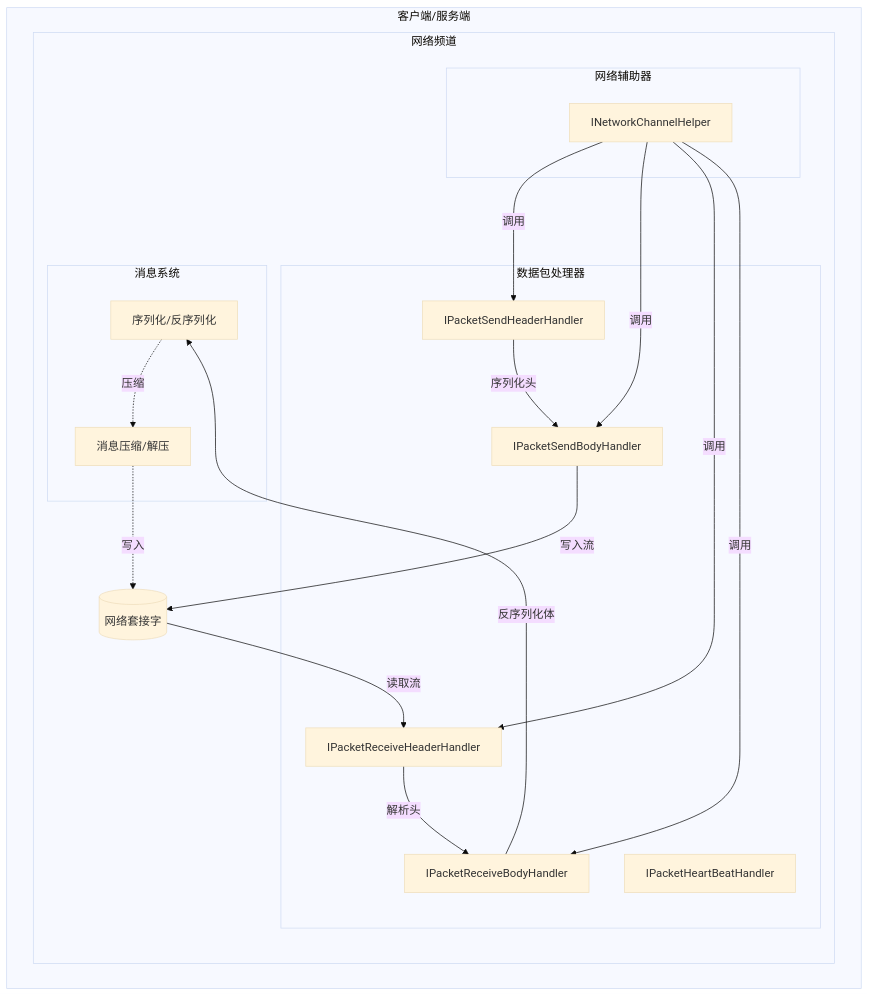
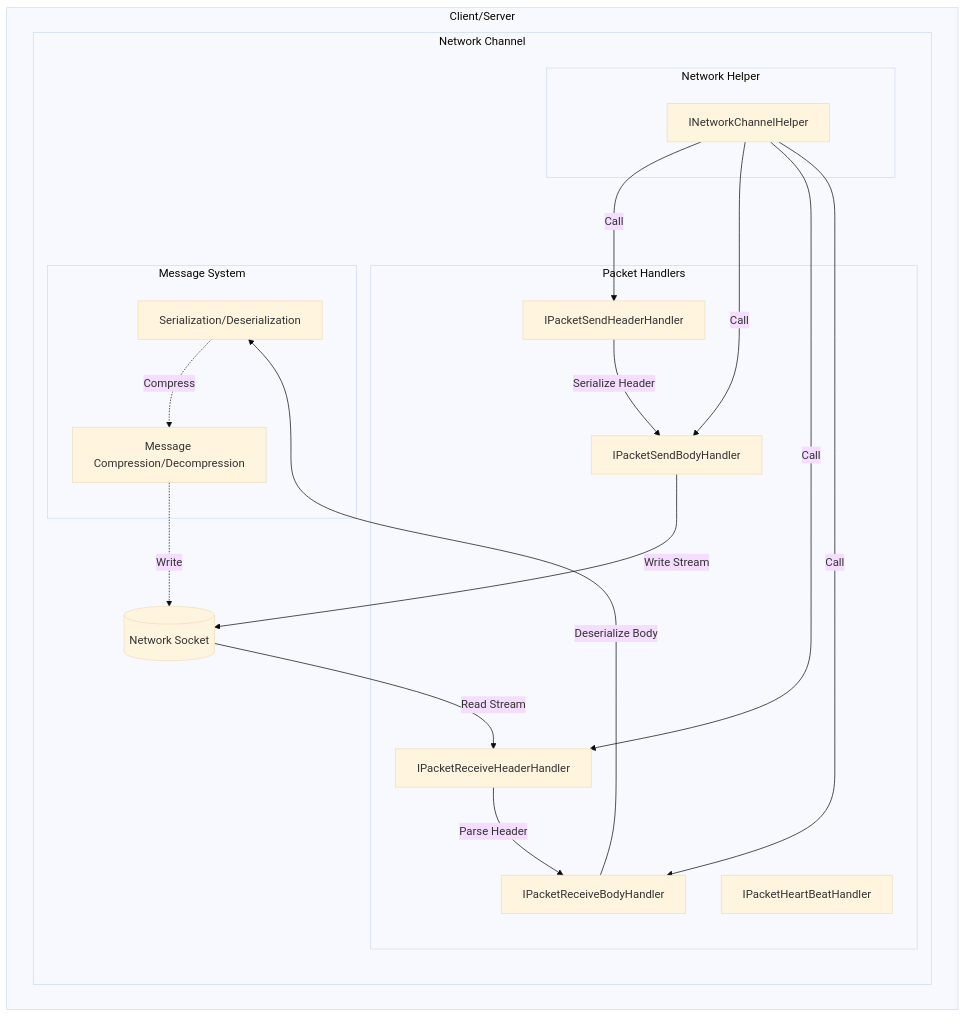
The first of 3 diagrams in docs/en/client/unity/component/network/07.packet-handlers.md (AlianBlank/GameFrameX.Docs), drawn with Mermaid (base theme) before and after one commit. The commit also changed other lines of this file and 242 other files, not shown here.

````diff
--- a/docs/en/client/unity/component/network/07.packet-handlers.md
+++ b/docs/en/client/unity/component/network/07.packet-handlers.md
@@ -18,39 +18,39 @@
 ```mermaid
 flowchart TD
-    subgraph Client["客户端/服务端"]
-        subgraph NetworkChannel["网络频道"]
-            subgraph PacketHandlers["数据包处理器"]
+    subgraph Client["Client/Server"]
+        subgraph NetworkChannel["Network Channel"]
+            subgraph PacketHandlers["Packet Handlers"]
                 SendHeader[IPacketSendHeaderHandler]
                 SendBody[IPacketSendBodyHandler]
                 RecvHeader[IPacketReceiveHeaderHandler]
                 RecvBody[IPacketReceiveBodyHandler]
                 HeartBeat[IPacketHeartBeatHandler]
             end
-            
-            subgraph NetworkHelper["网络辅助器"]
+
+            subgraph NetworkHelper["Network Helper"]
                 Helper[INetworkChannelHelper]
             end
-            
-            subgraph MessageSystem["消息系统"]
-                Serializer[序列化/反序列化]
-                Compress[消息压缩/解压]
+
+            subgraph MessageSystem["Message System"]
+                Serializer[Serialization/Deserialization]
+                Compress[Message Compression/Decompression]
             end
-            
-            Socket[(网络套接字)]
+
+            Socket[(Network Socket)]
         end
     end
-    
-    SendHeader -->|序列化头| SendBody
-    SendBody -->|写入流| Socket
-    Socket -->|读取流| RecvHeader
-    RecvHeader -->|解析头| RecvBody
-    RecvBody -->|反序列化体| Serializer
-    
-    Helper -->|调用| SendHeader
-    Helper -->|调用| SendBody
-    Helper -->|调用| RecvHeader
-    Helper -->|调用| RecvBody
-    
-    Serializer -.->|压缩| Compress
-    Compress -.->|写入| Socket
+
+    SendHeader -->|Serialize Header| SendBody
+    SendBody -->|Write Stream| Socket
+    Socket -->|Read Stream| RecvHeader
+    RecvHeader -->|Parse Header| RecvBody
+    RecvBody -->|Deserialize Body| Serializer
+
+    Helper -->|Call| SendHeader
+    Helper -->|Call| SendBody
+    Helper -->|Call| RecvHeader
+    Helper -->|Call| RecvBody
+
+    Serializer -.->|Compress| Compress
+    Compress -.->|Write| Socket
 ```
````
